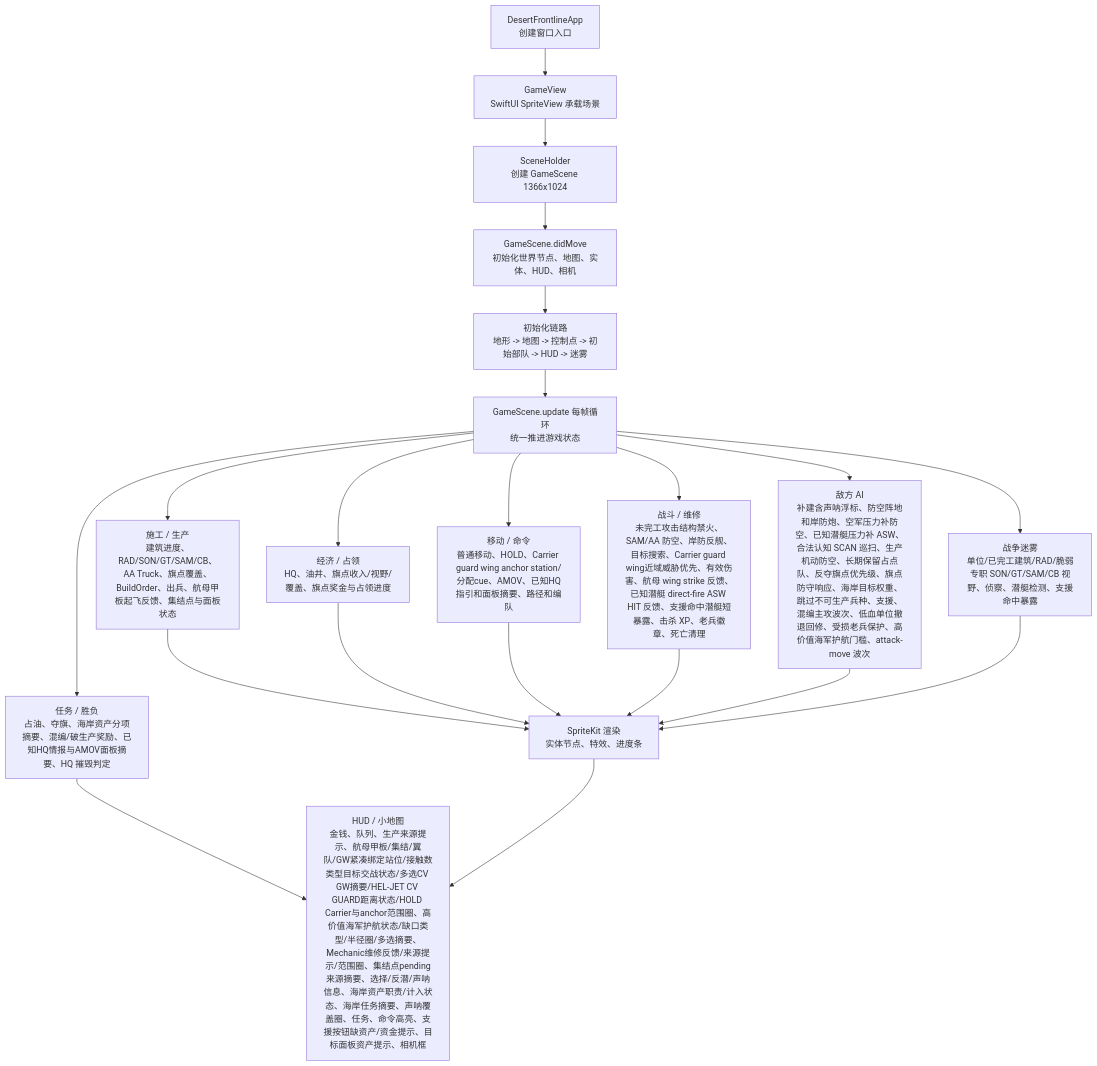
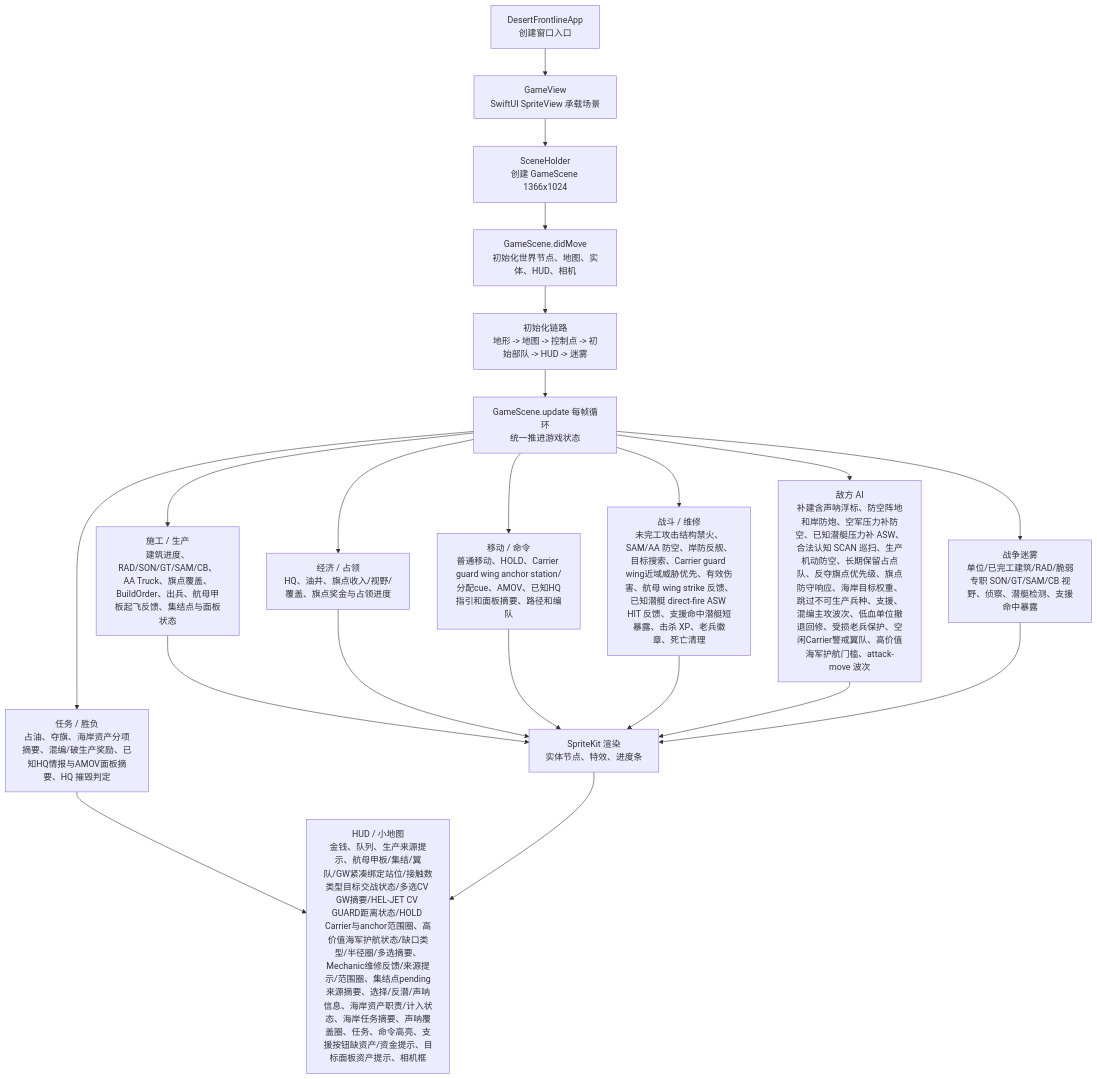
Before and after one commit to Altman-sam114/1145: the first of 3 diagrams in md/flow/flowchart.md, drawn with Mermaid. The commit also changed 4 other files, not shown here.

````diff
--- a/md/flow/flowchart.md
+++ b/md/flow/flowchart.md
@@ -9,23 +9,23 @@
 ```mermaid
 flowchart TD
   App["DesertFrontlineApp\n创建窗口入口"] --> View["GameView\nSwiftUI SpriteView 承载场景"]
   View --> Holder["SceneHolder\n创建 GameScene 1366x1024"]
   Holder --> Scene["GameScene.didMove\n初始化世界节点、地图、实体、HUD、相机"]
   Scene --> Init["初始化链路\n地形 -> 地图 -> 控制点 -> 初始部队 -> HUD -> 迷雾"]
   Init --> Loop["GameScene.update 每帧循环\n统一推进游戏状态"]
   Loop --> Build["施工 / 生产\n建筑进度、RAD/SON/GT/SAM/CB、AA Truck、旗点覆盖、BuildOrder、出兵、航母甲板起飞反馈、集结点与面板状态"]
   Loop --> Economy["经济 / 占领\nHQ、油井、旗点收入/视野/覆盖、旗点奖金与占领进度"]
   Loop --> Commands["移动 / 命令\n普通移动、HOLD、Carrier guard wing anchor station/分配cue、AMOV、已知HQ指引和面板摘要、路径和编队"]
   Loop --> Combat["战斗 / 维修\n未完工攻击结构禁火、SAM/AA 防空、岸防反舰、目标搜索、Carrier guard wing近域威胁优先、有效伤害、航母 wing strike 反馈、已知潜艇 direct-fire ASW HIT 反馈、支援命中潜艇短暴露、击杀 XP、老兵徽章、死亡清理"]
-  Loop --> AI["敌方 AI\n补建含声呐浮标、防空阵地和岸防炮、空军压力补防空、已知潜艇压力补 ASW、合法认知 SCAN 巡扫、生产机动防空、长期保留占点队、反夺旗点优先级、旗点防守响应、海岸目标权重、跳过不可生产兵种、支援、混编主攻波次、低血单位撤退回修、受损老兵保护、高价值海军护航门槛、attack-move 波次"]
+  Loop --> AI["敌方 AI\n补建含声呐浮标、防空阵地和岸防炮、空军压力补防空、已知潜艇压力补 ASW、合法认知 SCAN 巡扫、生产机动防空、长期保留占点队、反夺旗点优先级、旗点防守响应、海岸目标权重、跳过不可生产兵种、支援、混编主攻波次、低血单位撤退回修、受损老兵保护、空闲Carrier警戒翼队、高价值海军护航门槛、attack-move 波次"]
   Loop --> Fog["战争迷雾\n单位/已完工建筑/RAD/脆弱专职 SON/GT/SAM/CB 视野、侦察、潜艇检测、支援命中暴露"]
   Loop --> Mission["任务 / 胜负\n占油、夺旗、海岸资产分项摘要、混编/破生产奖励、已知HQ情报与AMOV面板摘要、HQ 摧毁判定"]
   Build --> Render["SpriteKit 渲染\n实体节点、特效、进度条"]
   Economy --> Render
   Commands --> Render
   Combat --> Render
   AI --> Render
   Fog --> Render
   Mission --> HUD["HUD / 小地图\n金钱、队列、生产来源提示、航母甲板/集结/翼队/GW紧凑绑定站位/接触数类型目标交战状态/多选CV GW摘要/HEL-JET CV GUARD距离状态/HOLD Carrier与anchor范围圈、高价值海军护航状态/缺口类型/半径圈/多选摘要、Mechanic维修反馈/来源提示/范围圈、集结点pending来源摘要、选择/反潜/声呐信息、海岸资产职责/计入状态、海岸任务摘要、声呐覆盖圈、任务、命令高亮、支援按钮缺资产/资金提示、目标面板资产提示、相机框"]
   Render --> HUD
 ```
````
